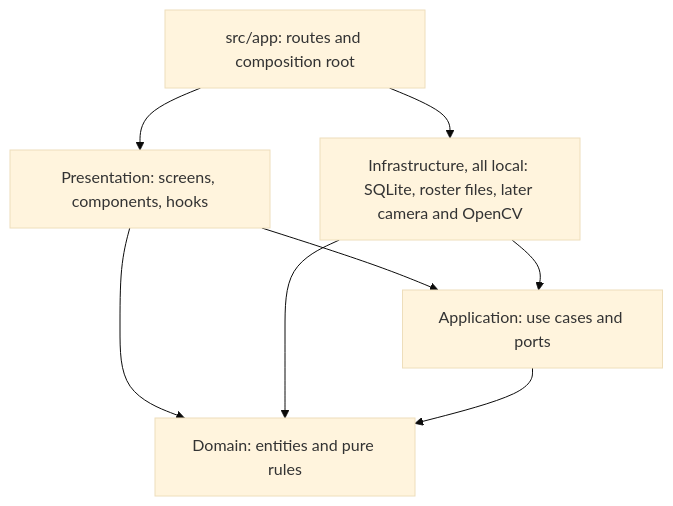
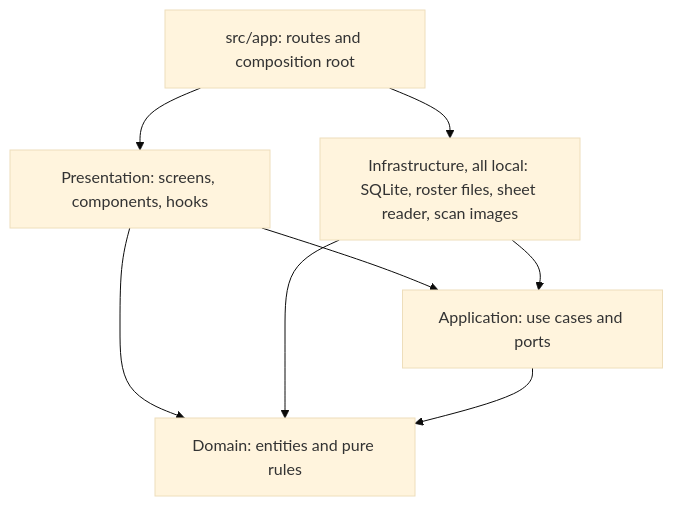
One commit to nicolaseugenio2022-cyber/answer-checker changed the third of 13 diagrams in docs/diagrams.md. Above: the diagram before and after it, drawn with Mermaid (base theme). The commit also changed other lines of this file and 5 other files, not shown here.

Commit message:
docs: synchronize documentation with schema version 6 and Scan

````diff
--- a/docs/diagrams.md
+++ b/docs/diagrams.md
@@ -70,16 +81,16 @@
 ```mermaid
 flowchart TD
     ROUTES["src/app: routes and composition root"]
     PRES["Presentation: screens, components, hooks"]
-    INFRA["Infrastructure, all local: SQLite, roster files, later camera and OpenCV"]
+    INFRA["Infrastructure, all local: SQLite, roster files, sheet reader, scan images"]
     APP["Application: use cases and ports"]
     DOMAIN["Domain: entities and pure rules"]
 
     ROUTES --> PRES
     ROUTES --> INFRA
     PRES --> APP
     PRES --> DOMAIN
     INFRA --> APP
     INFRA --> DOMAIN
     APP --> DOMAIN
 ```
````
